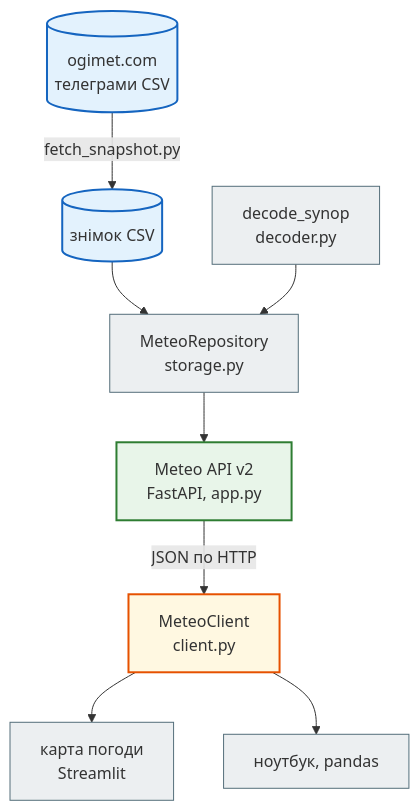
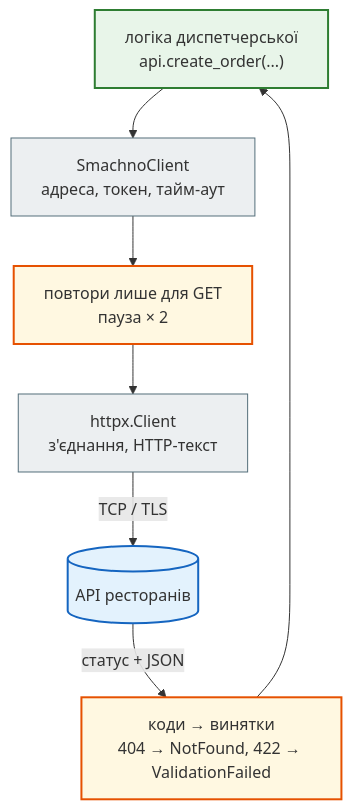
The seventh of 8 diagrams in docs/modules/m4/lesson_32.md (AlinaRadchenko/PY-Course-Victor-Nikoriak-22-09-2026), drawn with Mermaid before and after one commit. The commit also changed other lines of this file and 1846 other files, not shown here.

````diff
--- a/docs/modules/m4/lesson_32.md
+++ b/docs/modules/m4/lesson_32.md
@@ -721,22 +870,20 @@
 ```mermaid
 flowchart TD
     classDef step     fill:#eceff1,stroke:#546e7a,stroke-width:1px;
     classDef decision fill:#e3f2fd,stroke:#1565c0,stroke-width:2px;
     classDef success  fill:#e8f5e9,stroke:#2e7d32,stroke-width:2px;
     classDef error    fill:#ffebee,stroke:#c62828,stroke-width:3px;
     classDef warning  fill:#fff8e1,stroke:#e65100,stroke-width:2px;
 
-    OG[("ogimet.com<br>телеграми CSV")] -- "fetch_snapshot.py" --> SNAP[("знімок CSV")]
-    SNAP --> REPO["MeteoRepository<br>storage.py"]
-    DEC["decode_synop<br>decoder.py"] --> REPO
-    REPO --> API["Meteo API v2<br>FastAPI, app.py"]
-    API -- "JSON по HTTP" --> CL["MeteoClient<br>client.py"]
-    CL --> MAP["карта погоди<br>Streamlit"]
-    CL --> NB["ноутбук, pandas"]
+    APP["логіка диспетчерської<br>api.create_order(...)"] --> CL["SmachnoClient<br>адреса, токен, тайм-аут"]
+    CL --> RT["повтори лише для GET<br>пауза × 2"]
+    RT --> HX["httpx.Client<br>з'єднання, HTTP-текст"]
+    HX -- "TCP / TLS" --> SRV[("API ресторанів")]
+    SRV -- "статус + JSON" --> MAP["коди → винятки<br>404 → NotFound, 422 → ValidationFailed"]
+    MAP --> APP
 
-    class OG,SNAP decision
-    class REPO,DEC step
-    class API success
-    class CL warning
-    class MAP,NB step
+    class APP success
+    class CL,HX step
+    class RT,MAP warning
+    class SRV decision
 ```
````
